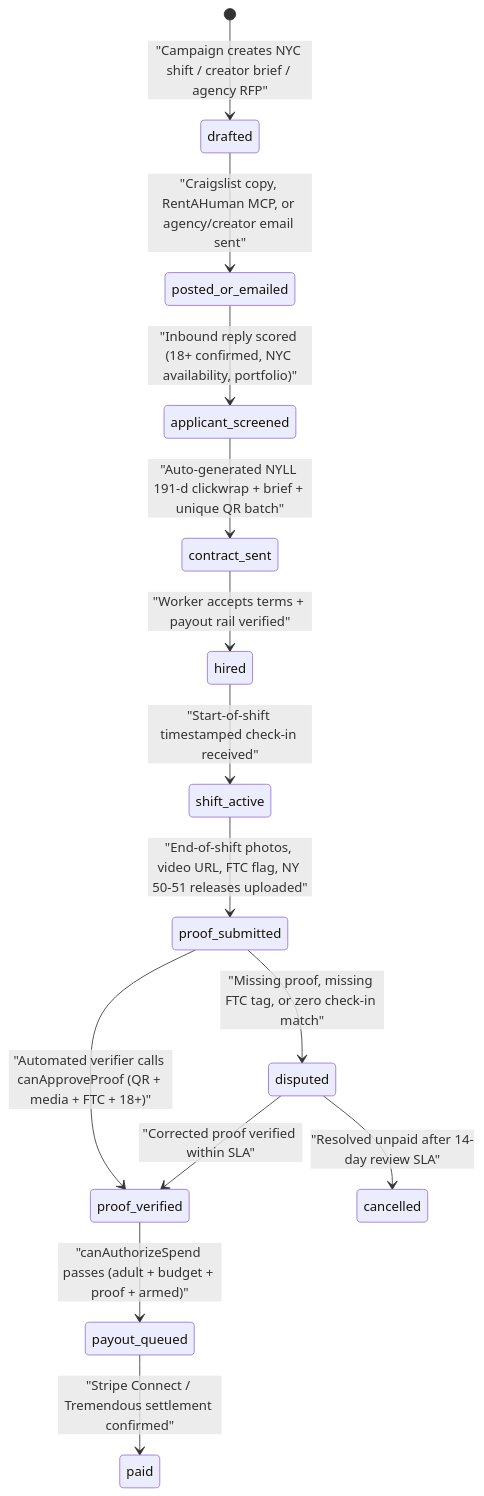
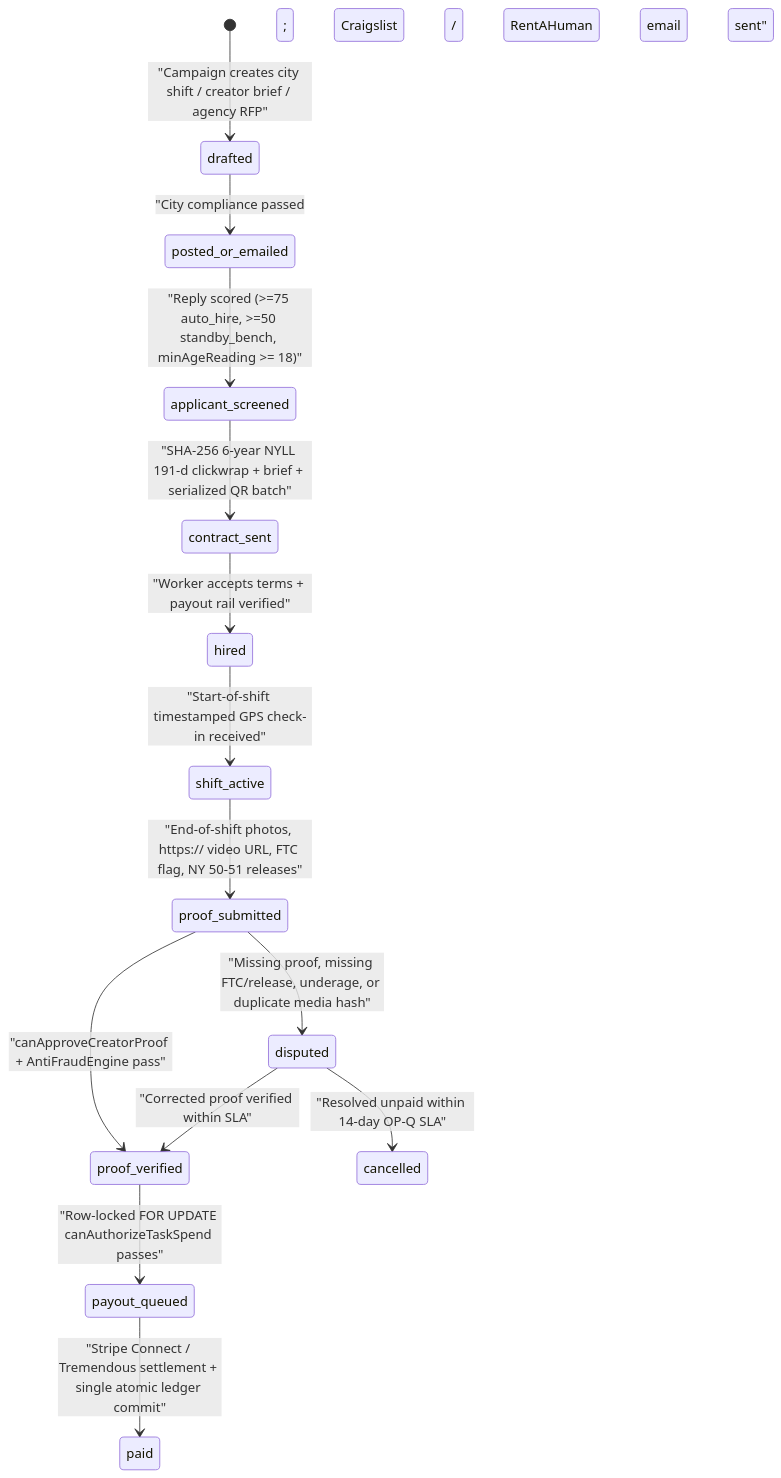
Before and after one commit to eliza-research/thenetwork: the second of 2 diagrams in docs/marketing/PRD.md, drawn with Mermaid. The commit also changed other lines of this file and 42 other files, not shown here.

````diff
--- a/docs/marketing/PRD.md
+++ b/docs/marketing/PRD.md
@@ -128,16 +108,16 @@
 ```mermaid
 stateDiagram-v2
-    [*] --> drafted: "Campaign creates NYC shift / creator brief / agency RFP"
-    drafted --> posted_or_emailed: "Craigslist copy, RentAHuman MCP, or agency/creator email sent"
-    posted_or_emailed --> applicant_screened: "Inbound reply scored (18+ confirmed, NYC availability, portfolio)"
-    applicant_screened --> contract_sent: "Auto-generated NYLL 191-d clickwrap + brief + unique QR batch"
+    [*] --> drafted: "Campaign creates city shift / creator brief / agency RFP"
+    drafted --> posted_or_emailed: "City compliance passed; Craigslist / RentAHuman / email sent"
+    posted_or_emailed --> applicant_screened: "Reply scored (>=75 auto_hire, >=50 standby_bench, minAgeReading >= 18)"
+    applicant_screened --> contract_sent: "SHA-256 6-year NYLL 191-d clickwrap + brief + serialized QR batch"
     contract_sent --> hired: "Worker accepts terms + payout rail verified"
-    hired --> shift_active: "Start-of-shift timestamped check-in received"
-    shift_active --> proof_submitted: "End-of-shift photos, video URL, FTC flag, NY 50-51 releases uploaded"
-    proof_submitted --> proof_verified: "Automated verifier calls canApproveProof (QR + media + FTC + 18+)"
-    proof_submitted --> disputed: "Missing proof, missing FTC tag, or zero check-in match"
-    proof_verified --> payout_queued: "canAuthorizeSpend passes (adult + budget + proof + armed)"
-    payout_queued --> paid: "Stripe Connect / Tremendous settlement confirmed"
-    disputed --> cancelled: "Resolved unpaid after 14-day review SLA"
+    hired --> shift_active: "Start-of-shift timestamped GPS check-in received"
+    shift_active --> proof_submitted: "End-of-shift photos, https:// video URL, FTC flag, NY 50-51 releases"
+    proof_submitted --> proof_verified: "canApproveCreatorProof + AntiFraudEngine pass"
+    proof_submitted --> disputed: "Missing proof, missing FTC/release, underage, or duplicate media hash"
+    proof_verified --> payout_queued: "Row-locked FOR UPDATE canAuthorizeTaskSpend passes"
+    payout_queued --> paid: "Stripe Connect / Tremendous settlement + single atomic ledger commit"
+    disputed --> cancelled: "Resolved unpaid within 14-day OP-Q SLA"
     disputed --> proof_verified: "Corrected proof verified within SLA"
 ```
````
